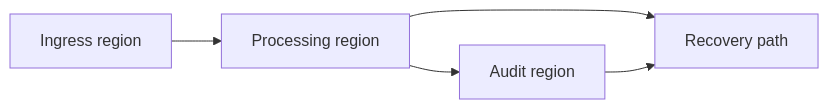
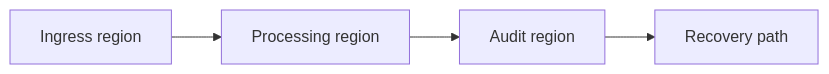
Before and after one commit to kofi-ska/swe-projects: the fifth of 5 diagrams in blockchain/eth/mev/v2/README.md, drawn with Mermaid. The commit also changed other lines of this file and 37 other files, not shown here.

````diff
--- a/blockchain/eth/mev/v2/README.md
+++ b/blockchain/eth/mev/v2/README.md
@@ -118,7 +220,6 @@
 ```mermaid
 flowchart LR
   I[Ingress region] --> P[Processing region]
   P --> A[Audit region]
-  P --> R[Recovery path]
-  A --> R
+  A --> R[Recovery path]
 ```
````
